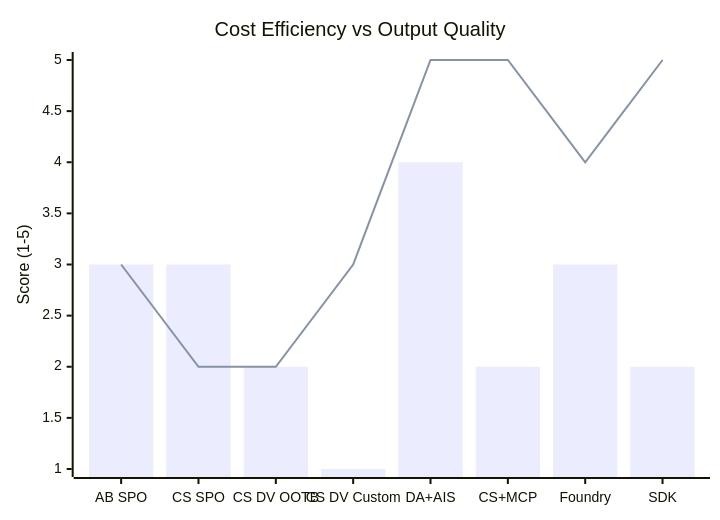
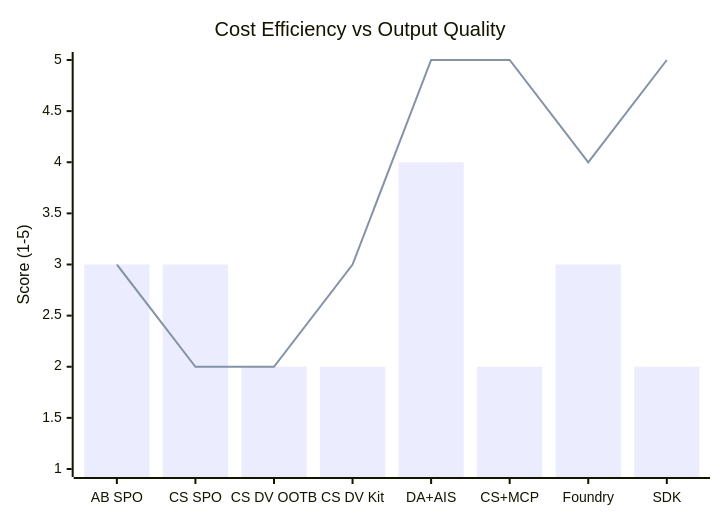
The ninth of 10 diagrams in COMPARISON.md (ostefka/AgentsAdvancedSearch), drawn with Mermaid before and after one commit. The commit also changed other lines of this file, not shown here.

Commit message:
Update #4: Copilot Studio Kit for SPO-to-Dataverse sync (replaces generic custom pipeline)

````diff
--- a/COMPARISON.md
+++ b/COMPARISON.md
@@ -342,8 +342,8 @@
 ```mermaid
 xychart-beta
   title "Cost Efficiency vs Output Quality"
-  x-axis ["AB SPO", "CS SPO", "CS DV OOTB", "CS DV Custom", "DA+AIS", "CS+MCP", "Foundry", "SDK"]
+  x-axis ["AB SPO", "CS SPO", "CS DV OOTB", "CS DV Kit", "DA+AIS", "CS+MCP", "Foundry", "SDK"]
   y-axis "Score (1-5)" 1 --> 5
-  bar [3, 3, 2, 1, 4, 2, 3, 2]
+  bar [3, 3, 2, 2, 4, 2, 3, 2]
   line [3, 2, 2, 3, 5, 5, 4, 5]
 ```
````
